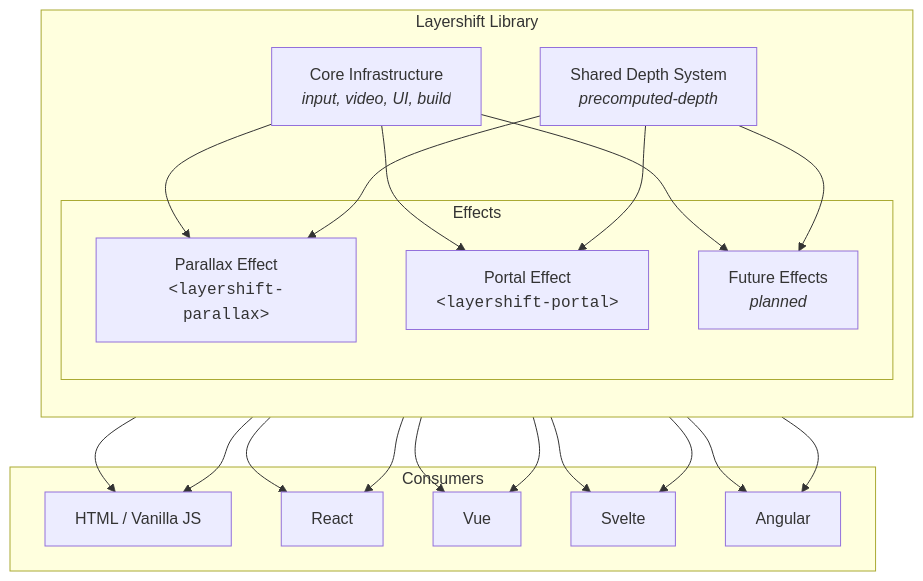
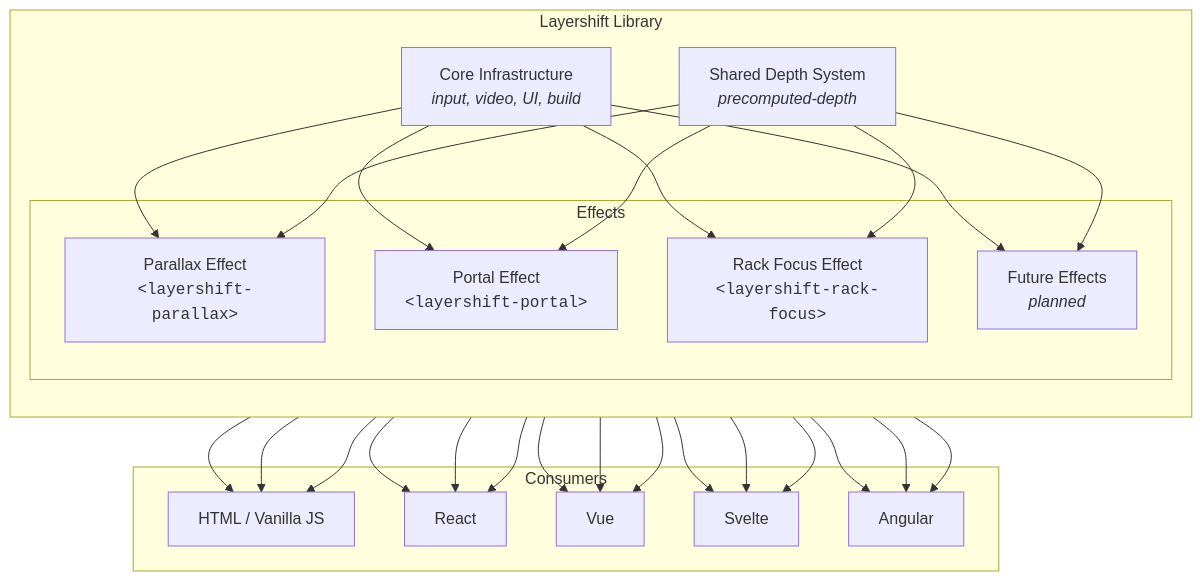
Before and after one commit to jeremysykes/layershift: the first of 2 diagrams in docs/diagrams/system-architecture.md, drawn with Mermaid. The commit also changed other lines of this file and 77 other files, not shown here.

Commit message:
feat: initial pass at rack focus filter

````diff
--- a/docs/diagrams/system-architecture.md
+++ b/docs/diagrams/system-architecture.md
@@ -7,41 +7,50 @@
 ```mermaid
 graph TD
     subgraph "Layershift Library"
         direction TB
         CORE["Core Infrastructure<br/><i>input, video, UI, build</i>"]
         DEPTH["Shared Depth System<br/><i>precomputed-depth</i>"]
 
         subgraph "Effects"
             PARALLAX["Parallax Effect<br/><code>&lt;layershift-parallax&gt;</code>"]
             PORTAL["Portal Effect<br/><code>&lt;layershift-portal&gt;</code>"]
+            RACKFOCUS["Rack Focus Effect<br/><code>&lt;layershift-rack-focus&gt;</code>"]
             FUTURE["Future Effects<br/><i>planned</i>"]
         end
     end
 
     CORE --> PARALLAX
     CORE --> PORTAL
+    CORE --> RACKFOCUS
     CORE --> FUTURE
     DEPTH --> PARALLAX
     DEPTH --> PORTAL
+    DEPTH --> RACKFOCUS
     DEPTH --> FUTURE
 
     subgraph "Consumers"
         HTML["HTML / Vanilla JS"]
         REACT["React"]
         VUE["Vue"]
         SVELTE["Svelte"]
         ANGULAR["Angular"]
     end
 
     PARALLAX --> HTML
     PARALLAX --> REACT
     PARALLAX --> VUE
     PARALLAX --> SVELTE
     PARALLAX --> ANGULAR
 
     PORTAL --> HTML
     PORTAL --> REACT
     PORTAL --> VUE
     PORTAL --> SVELTE
     PORTAL --> ANGULAR
+
+    RACKFOCUS --> HTML
+    RACKFOCUS --> REACT
+    RACKFOCUS --> VUE
+    RACKFOCUS --> SVELTE
+    RACKFOCUS --> ANGULAR
 ```
````
